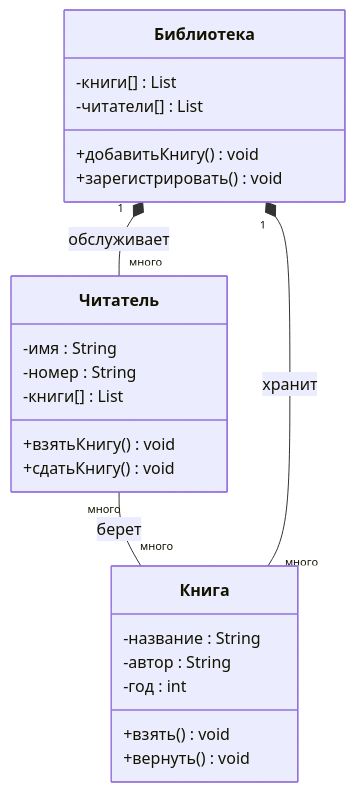
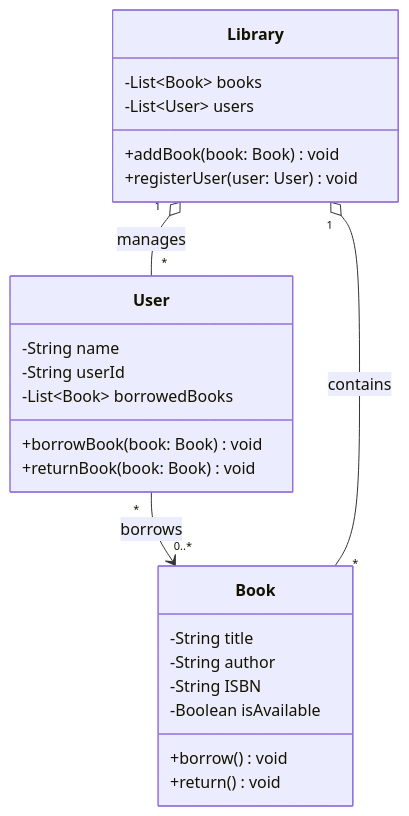
One commit to Evgeny65ok/mermaid-diagrams changed the second of 9 diagrams in README.md. Above: the diagram before and after it, drawn with Mermaid. The commit also changed other lines of this file, not shown here.

````diff
--- a/README.md
+++ b/README.md
@@ -33,27 +40,30 @@
 ```mermaid
 classDiagram
-    class Книга {
-        -название : String
-        -автор : String
-        -год : int
-        +взять() void
-        +вернуть() void
-    }
-    class Читатель {
-        -имя : String
-        -номер : String
-        -книги[] : List
-        +взятьКнигу() void
-        +сдатьКнигу() void
-    }
-    class Библиотека {
-        -книги[] : List
-        -читатели[] : List
-        +добавитьКнигу() void
-        +зарегистрировать() void
+    class Book {
+        -String title
+        -String author
+        -String ISBN
+        -Boolean isAvailable
+        +borrow() void
+        +return() void
     }
 
-    Читатель "много" -- "много" Книга : берет
-    Библиотека "1" *-- "много" Книга : хранит
-    Библиотека "1" *-- "много" Читатель : обслуживает
+    class User {
+        -String name
+        -String userId
+        -List~Book~ borrowedBooks
+        +borrowBook(book: Book) void
+        +returnBook(book: Book) void
+    }
+
+    class Library {
+        -List~Book~ books
+        -List~User~ users
+        +addBook(book: Book) void
+        +registerUser(user: User) void
+    }
+
+    User "*" --> "0..*" Book : borrows
+    Library "1" o-- "*" Book : contains
+    Library "1" o-- "*" User : manages
 ```
````
